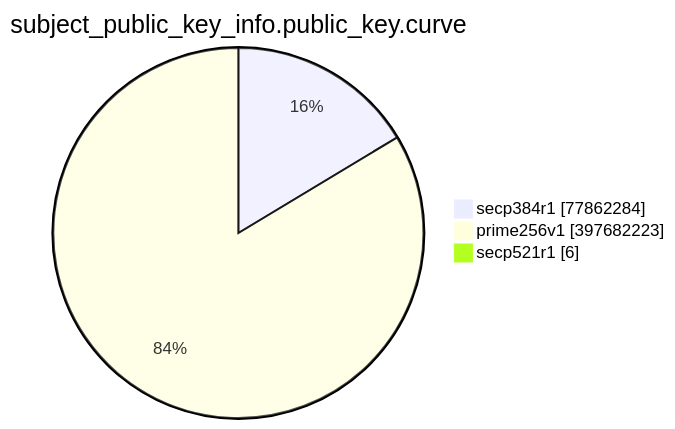
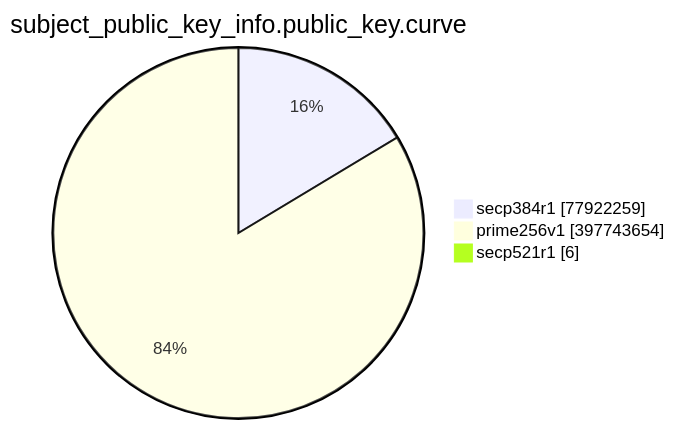
The eighth of 15 diagrams in TOTAL/README.md (christiankrug/ctmonitor_visualization), drawn with Mermaid before and after one commit. The commit also changed other lines of this file, not shown here.

````diff
--- a/TOTAL/README.md
+++ b/TOTAL/README.md
@@ -3095,7 +3095,7 @@
 ```mermaid
 pie showData
 title subject_public_key_info.public_key.curve
-"secp384r1" :77862284
-"prime256v1" :397682223
+"secp384r1" :77922259
+"prime256v1" :397743654
 "secp521r1" :6
 ```
````
